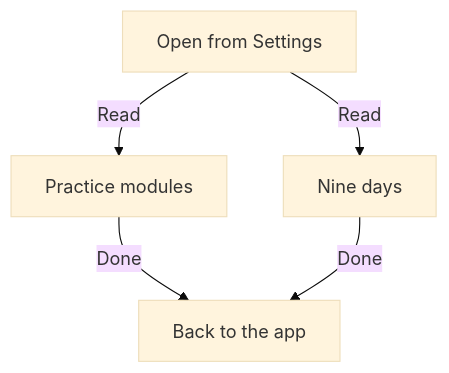
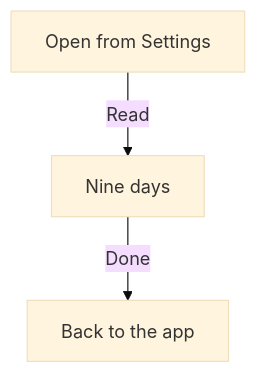
Before and after one commit to missionode/lite: diagram 58 of 58 in docs/app-map/FLOW-REFERENCE.md, drawn with Mermaid (base theme). The commit also changed other lines of this file and 6 other files, not shown here.

````diff
--- a/docs/app-map/FLOW-REFERENCE.md
+++ b/docs/app-map/FLOW-REFERENCE.md
@@ -2695,11 +2695,8 @@
 ```mermaid
 flowchart TD
   open["Open from Settings"]
-  modules["Practice modules"]
   days["Nine days"]
   back["Back to the app"]
-  open -->|"Read"| modules
   open -->|"Read"| days
-  modules -->|"Done"| back
   days -->|"Done"| back
 ```
````
